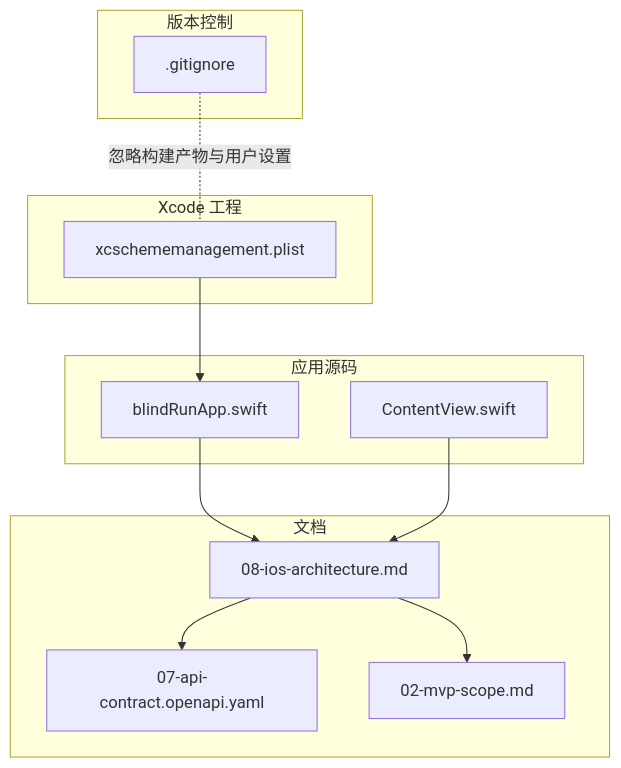
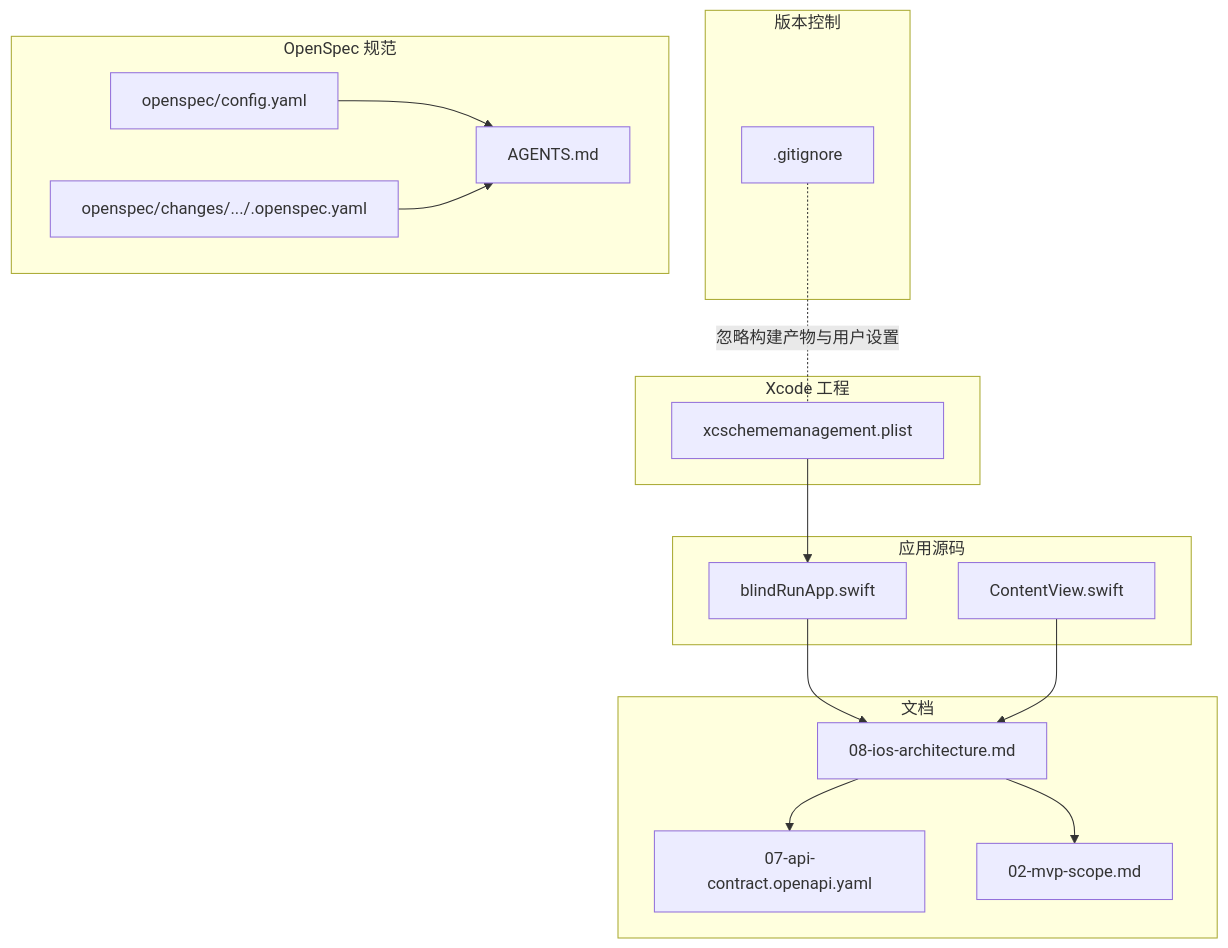
One commit to Jayden23018/blind-run-ios changed the first of 4 diagrams in .qoder/repowiki/zh/content/开发指南/开发环境配置/开发环境配置.md. Above: the diagram before and after it, drawn with Mermaid. The commit also changed other lines of this file and 10 other files, not shown here.

````diff
--- a/.qoder/repowiki/zh/content/开发指南/开发环境配置/开发环境配置.md
+++ b/.qoder/repowiki/zh/content/开发指南/开发环境配置/开发环境配置.md
@@ -32,24 +43,31 @@
 ```mermaid
 graph TB
 subgraph "应用源码"
 A["blindRunApp.swift"]
 B["ContentView.swift"]
 end
 subgraph "文档"
 D["08-ios-architecture.md"]
 E["07-api-contract.openapi.yaml"]
 F["02-mvp-scope.md"]
 end
 subgraph "Xcode 工程"
 G["xcschememanagement.plist"]
 end
 subgraph "版本控制"
 H[".gitignore"]
 end
+subgraph "OpenSpec 规范"
+I["openspec/config.yaml"]
+J["openspec/changes/.../.openspec.yaml"]
+K["AGENTS.md"]
+end
 A --> D
 B --> D
 D --> E
 D --> F
 G --> A
 H -. "忽略构建产物与用户设置" .- G
+I --> K
+J --> K
 ```
````
